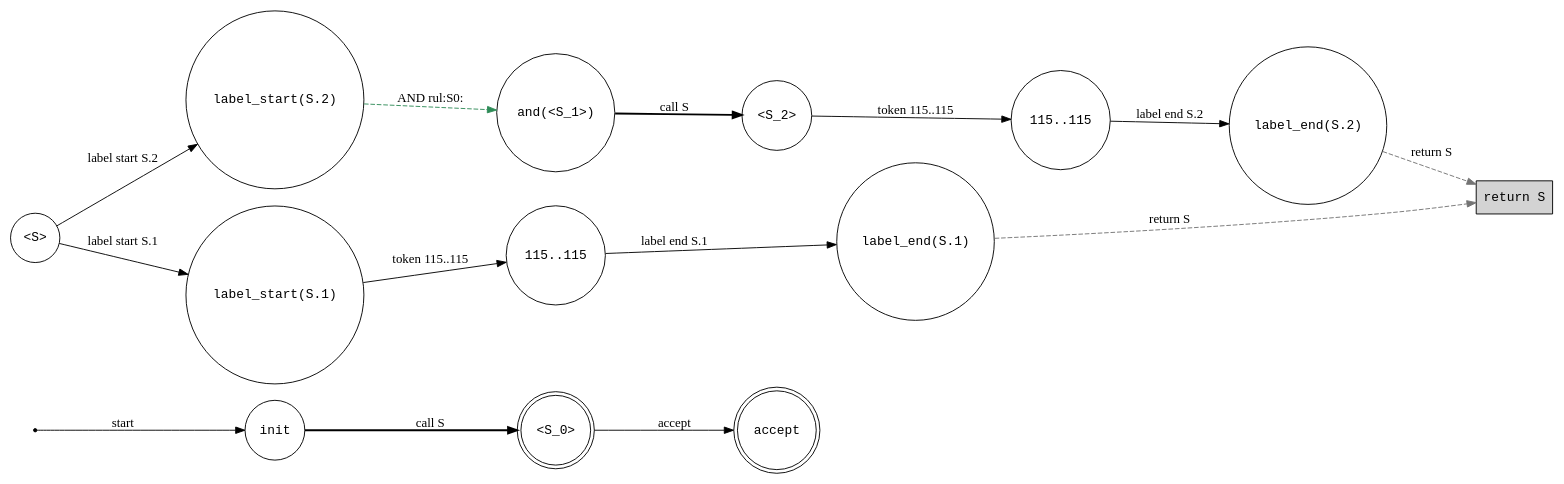
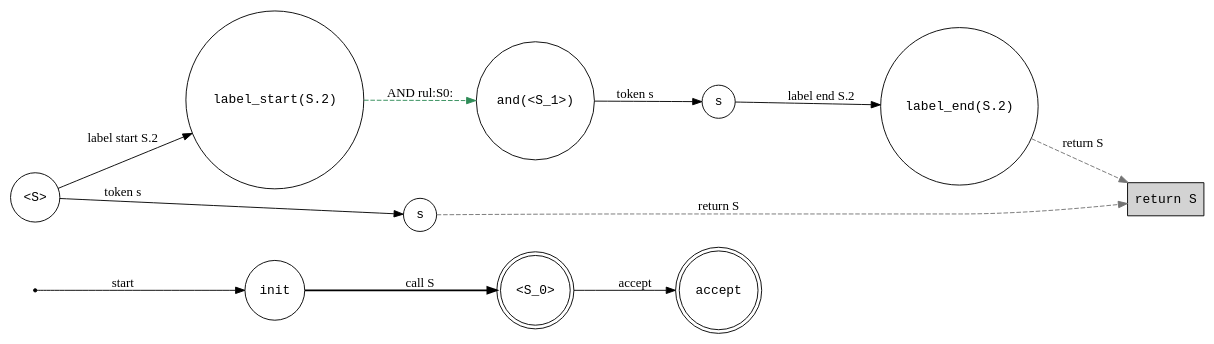
The diagram in state-machine.dot (water-mizuu/glush_dart), drawn with Graphviz before and after one commit. The commit also changed 21 other files, not shown here.

```diff
--- a/state-machine.dot
+++ b/state-machine.dot
@@ -1,31 +1,25 @@
 digraph StateMachine {
   rankdir=LR;
   node [fontname="Courier"];
   "__start__" [shape=point, label=""];
   "__accept__" [shape=doublecircle, label="accept"];
   "__return_S__" [shape=box, label="return S", style=filled, fillcolor=lightgray];
   "S0" [shape=circle, label="init"];
   "S1" [shape=doublecircle, label="<S_0>"];
   "S2" [shape=circle, label="<S>"];
   "S3" [shape=circle, label="label_start(S.2)"];
-  "S4" [shape=circle, label="label_start(S.1)"];
+  "S4" [shape=circle, label="s"];
   "S5" [shape=circle, label="and(<S_1>)"];
-  "S6" [shape=circle, label="<S_2>"];
-  "S7" [shape=circle, label="115..115"];
-  "S8" [shape=circle, label="label_end(S.2)"];
-  "S9" [shape=circle, label="115..115"];
-  "S10" [shape=circle, label="label_end(S.1)"];
+  "S6" [shape=circle, label="s"];
+  "S7" [shape=circle, label="label_end(S.2)"];
   "__start__" -> "S0" [label="start"];
   "S0" -> "S1" [label="call S", style=bold];
   "S1" -> "__accept__" [label="accept"];
   "S2" -> "S3" [label="label start S.2"];
-  "S2" -> "S4" [label="label start S.1"];
+  "S2" -> "S4" [label="token s"];
   "S3" -> "S5" [label="AND rul:S0:", style=dashed, color=seagreen4];
-  "S4" -> "S9" [label="token 115..115"];
-  "S5" -> "S6" [label="call S", style=bold];
-  "S6" -> "S7" [label="token 115..115"];
-  "S7" -> "S8" [label="label end S.2"];
-  "S8" -> "__return_S__" [label="return S", style=dashed, color=gray45];
-  "S9" -> "S10" [label="label end S.1"];
-  "S10" -> "__return_S__" [label="return S", style=dashed, color=gray45];
+  "S4" -> "__return_S__" [label="return S", style=dashed, color=gray45];
+  "S5" -> "S6" [label="token s"];
+  "S6" -> "S7" [label="label end S.2"];
+  "S7" -> "__return_S__" [label="return S", style=dashed, color=gray45];
 }
```
